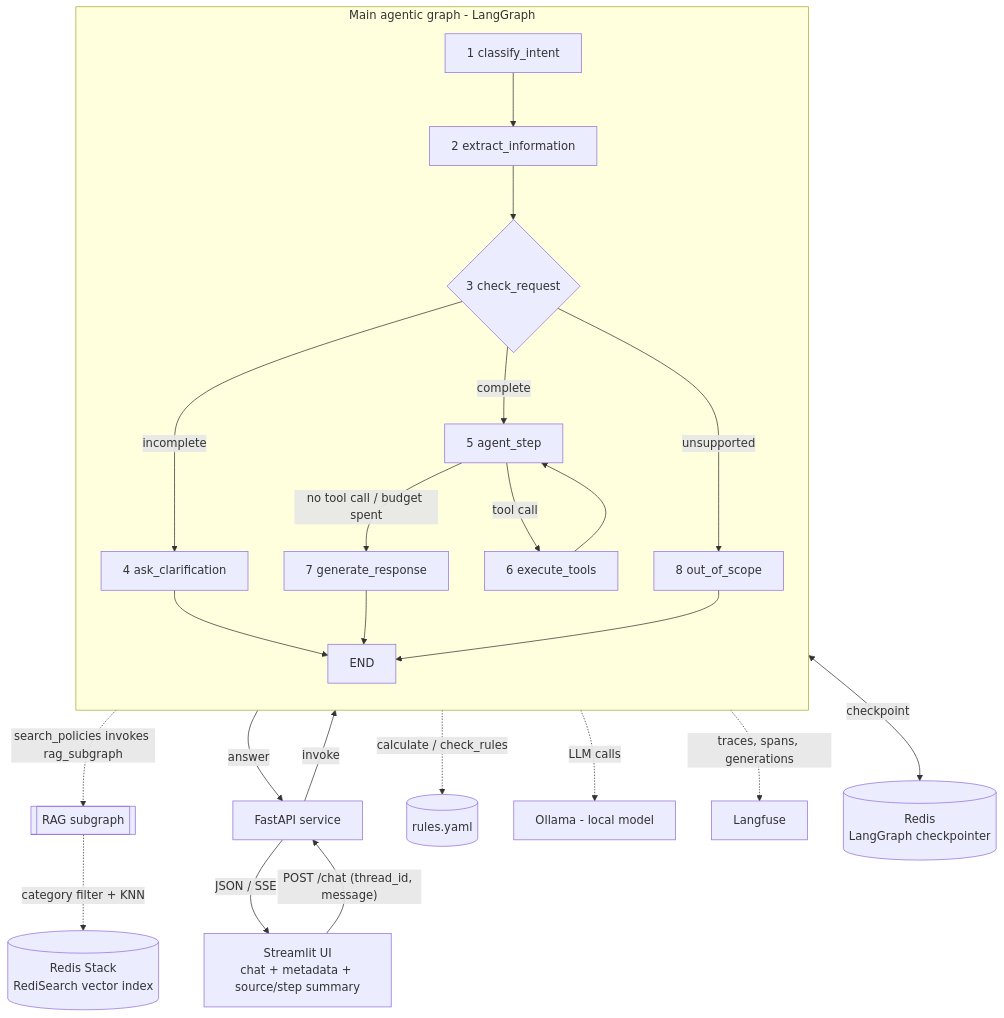
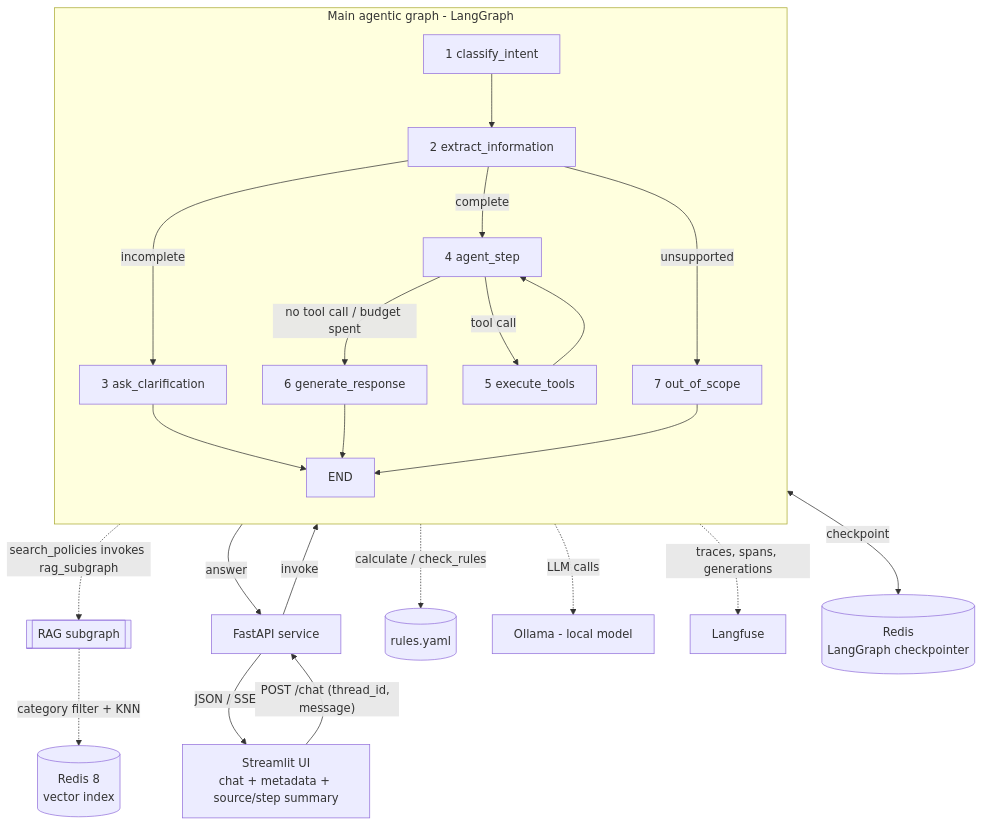
The first of 2 diagrams in .docs/plan/02-technical-design.en.md (zsitvat/RAG-assistant), drawn with Mermaid before and after one commit. The commit also changed other lines of this file and 85 other files, not shown here.

````diff
--- a/.docs/plan/02-technical-design.en.md
+++ b/.docs/plan/02-technical-design.en.md
@@ -71,27 +71,26 @@
 ```mermaid
 flowchart TB
     UI[Streamlit UI<br/>chat + metadata + source/step summary] -->|"POST /chat (thread_id, message)"| API[FastAPI service]
     API -->|invoke| G
     subgraph G[Main agentic graph - LangGraph]
         direction TB
         N1[1 classify_intent] --> N2[2 extract_information]
-        N2 --> N3{3 check_request}
-        N3 -->|incomplete| N4[4 ask_clarification]
-        N3 -->|complete| N5[5 agent_step]
-        N3 -->|unsupported| N8[8 out_of_scope]
-        N5 -->|tool call| N6[6 execute_tools]
-        N6 --> N5
-        N5 -->|"no tool call / budget spent"| N7[7 generate_response]
-        N4 --> FIN[END]
+        N2 -->|incomplete| N3[3 ask_clarification]
+        N2 -->|complete| N4[4 agent_step]
+        N2 -->|unsupported| N7[7 out_of_scope]
+        N4 -->|tool call| N5[5 execute_tools]
+        N5 --> N4
+        N4 -->|"no tool call / budget spent"| N6[6 generate_response]
+        N3 --> FIN[END]
+        N6 --> FIN
         N7 --> FIN
-        N8 --> FIN
     end
-    N6 -.->|search_policies invokes rag_subgraph| R[[RAG subgraph]]
-    R -.->|"category filter + KNN"| VS[(Redis Stack<br/>RediSearch vector index)]
-    N6 -.->|calculate / check_rules| RY[(rules.yaml)]
+    N5 -.->|search_policies invokes rag_subgraph| R[[RAG subgraph]]
+    R -.->|"category filter + KNN"| VS[(Redis 8<br/>vector index)]
+    N5 -.->|calculate / check_rules| RY[(rules.yaml)]
     G -.->|LLM calls| LLM[Ollama - local model]
     G -->|answer| API
     API -->|JSON / SSE| UI
     G -.->|traces, spans, generations| LF[Langfuse]
     G <-->|checkpoint| CP[(Redis<br/>LangGraph checkpointer)]
 ```
````
